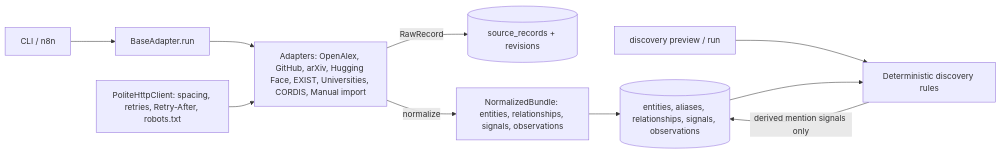
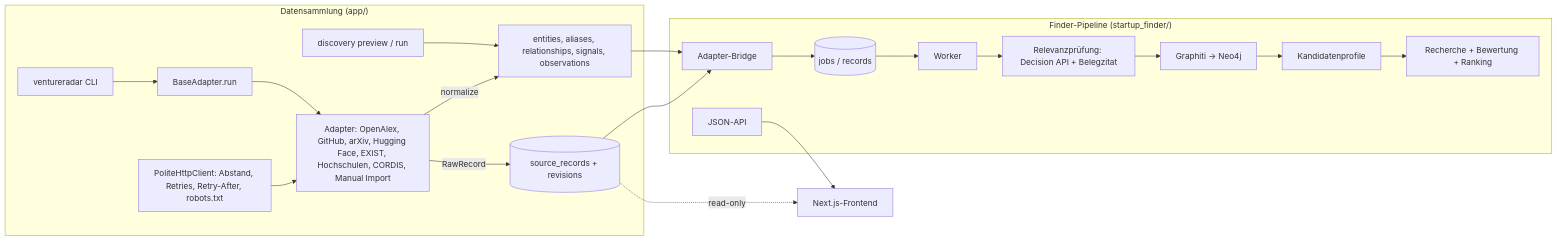
Before and after one commit to ceennkk/StartUp-Finder: the first of 2 diagrams in README.md, drawn with Mermaid. The commit also changed other lines of this file, not shown here.

````diff
--- a/README.md
+++ b/README.md
@@ -48,12 +78,24 @@
 ```mermaid
 flowchart LR
-  CLI[CLI / n8n] --> RUN[BaseAdapter.run]
-  RUN --> A[Adapters: OpenAlex, GitHub, arXiv, Hugging Face, EXIST, Universities, CORDIS, Manual import]
-  HTTP[PoliteHttpClient: spacing, retries, Retry-After, robots.txt] --> A
-  A -->|RawRecord| STORE1[(source_records + revisions)]
-  A -->|normalize| N[NormalizedBundle: entities, relationships, signals, observations]
-  N --> STORE2[(entities, aliases, relationships, signals, observations)]
-  DCLI[discovery preview / run] --> DISC[Deterministic discovery rules]
-  STORE2 --> DISC
-  DISC -->|derived mention signals only| STORE2
+  subgraph Collector["Datensammlung (app/)"]
+    CLI[ventureradar CLI] --> RUN[BaseAdapter.run]
+    HTTP[PoliteHttpClient: Abstand, Retries, Retry-After, robots.txt] --> A
+    RUN --> A[Adapter: OpenAlex, GitHub, arXiv, Hugging Face, EXIST, Hochschulen, CORDIS, Manual Import]
+    A -->|RawRecord| SR[(source_records + revisions)]
+    A -->|normalize| N[entities, aliases, relationships, signals, observations]
+    DISC[discovery preview / run] --> N
+  end
+  subgraph Finder["Finder-Pipeline (startup_finder/)"]
+    BR[Adapter-Bridge] --> J[(jobs / records)]
+    J --> W[Worker]
+    W --> DEC[Relevanzprüfung: Decision API + Belegzitat]
+    DEC --> G[Graphiti → Neo4j]
+    G --> C[Kandidatenprofile]
+    C --> R[Recherche + Bewertung + Ranking]
+    API[JSON-API]
+  end
+  SR --> BR
+  N --> BR
+  API --> FE[Next.js-Frontend]
+  SR -. read-only .-> FE
 ```
````
